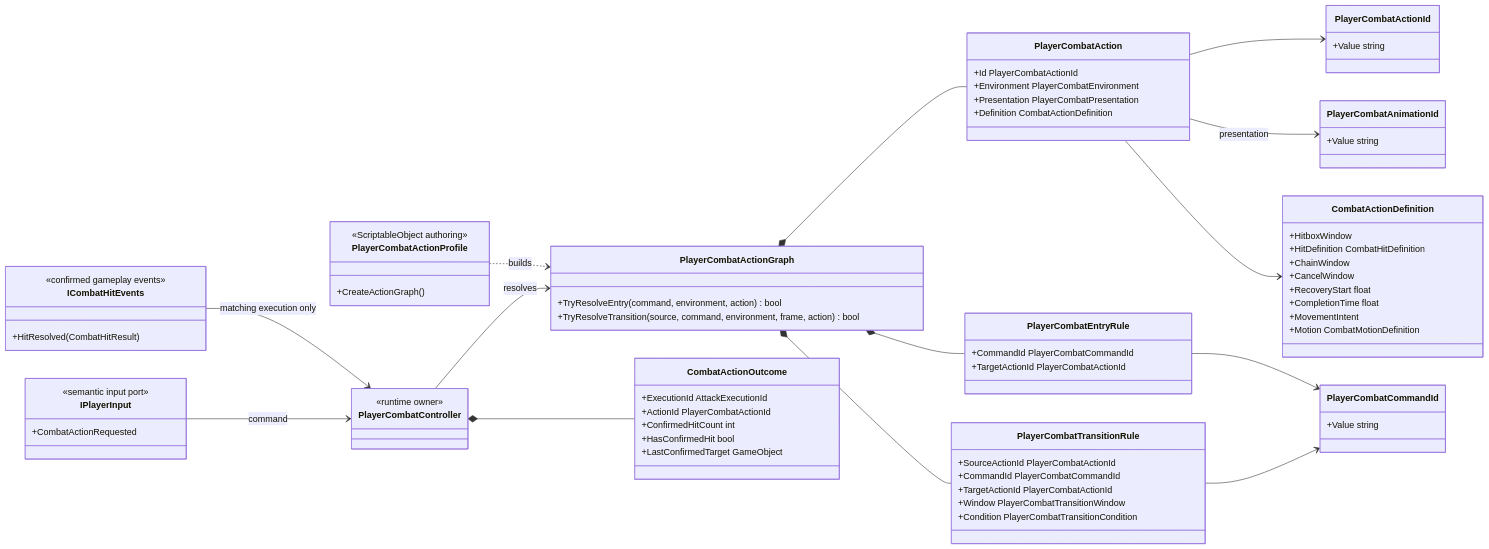
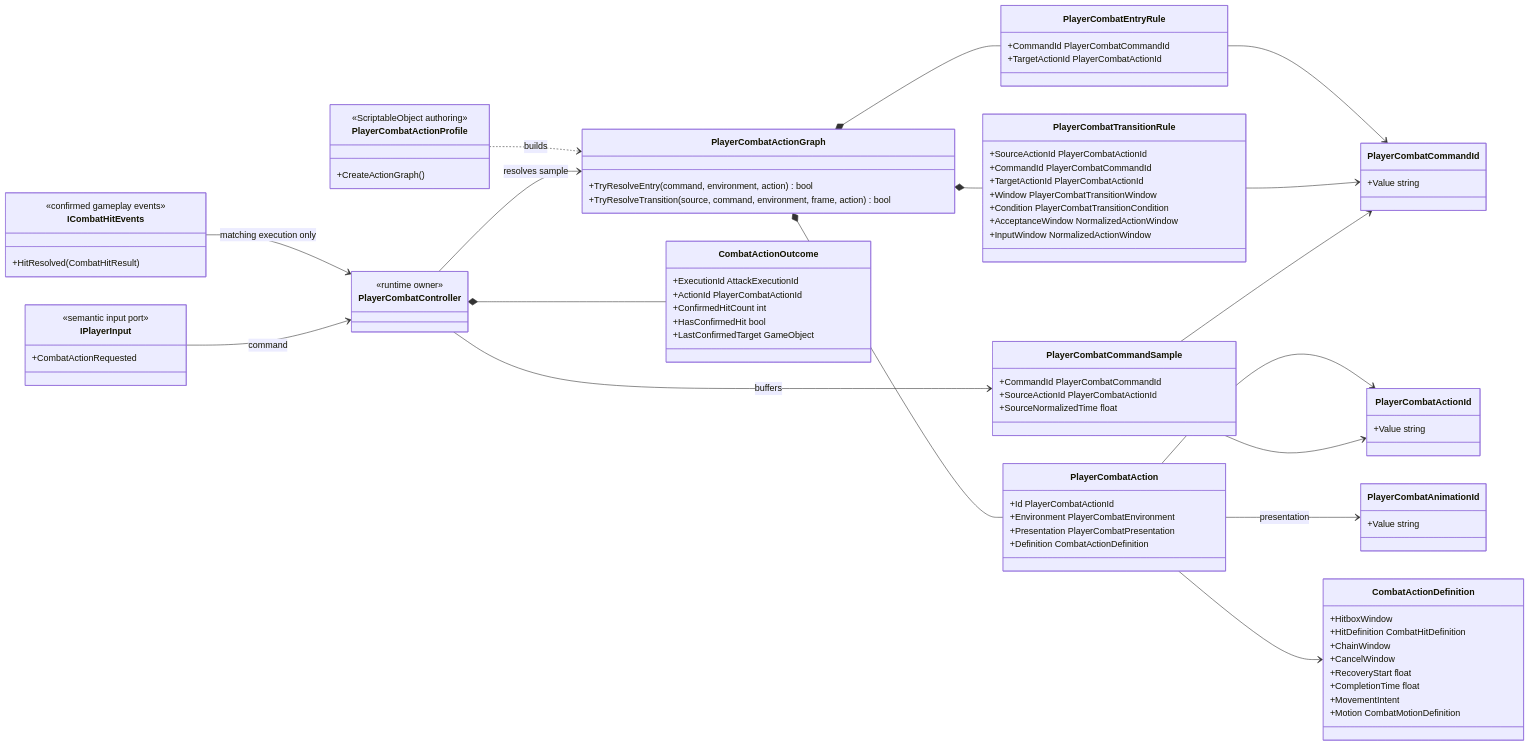
Before and after one commit to MaximFonariuc/project-s: the diagram in Docs/Architecture/Combat.ActionModel.md, drawn with Mermaid. The commit also changed other lines of this file and 12 other files, not shown here.

````diff
--- a/Docs/Architecture/Combat.ActionModel.md
+++ b/Docs/Architecture/Combat.ActionModel.md
@@ -17,6 +17,11 @@
     }
     class PlayerCombatActionId {
         +Value string
+    }
+    class PlayerCombatCommandSample {
+        +CommandId PlayerCombatCommandId
+        +SourceActionId PlayerCombatActionId
+        +SourceNormalizedTime float
     }
     class PlayerCombatAnimationId {
         +Value string
@@ -41,6 +46,8 @@
         +TargetActionId PlayerCombatActionId
         +Window PlayerCombatTransitionWindow
         +Condition PlayerCombatTransitionCondition
+        +AcceptanceWindow NormalizedActionWindow
+        +InputWindow NormalizedActionWindow
     }
     class CombatActionOutcome {
         +ExecutionId AttackExecutionId
@@ -83,9 +90,12 @@
     PlayerCombatAction --> CombatActionDefinition
     PlayerCombatEntryRule --> PlayerCombatCommandId
     PlayerCombatTransitionRule --> PlayerCombatCommandId
+    PlayerCombatCommandSample --> PlayerCombatCommandId
+    PlayerCombatCommandSample --> PlayerCombatActionId
     PlayerCombatController *-- CombatActionOutcome
     ICombatHitEvents --> PlayerCombatController : matching execution only
     PlayerCombatActionProfile ..> PlayerCombatActionGraph : builds
     IPlayerInput --> PlayerCombatController : command
-    PlayerCombatController --> PlayerCombatActionGraph : resolves
+    PlayerCombatController --> PlayerCombatCommandSample : buffers
+    PlayerCombatController --> PlayerCombatActionGraph : resolves sample
 ```
````
